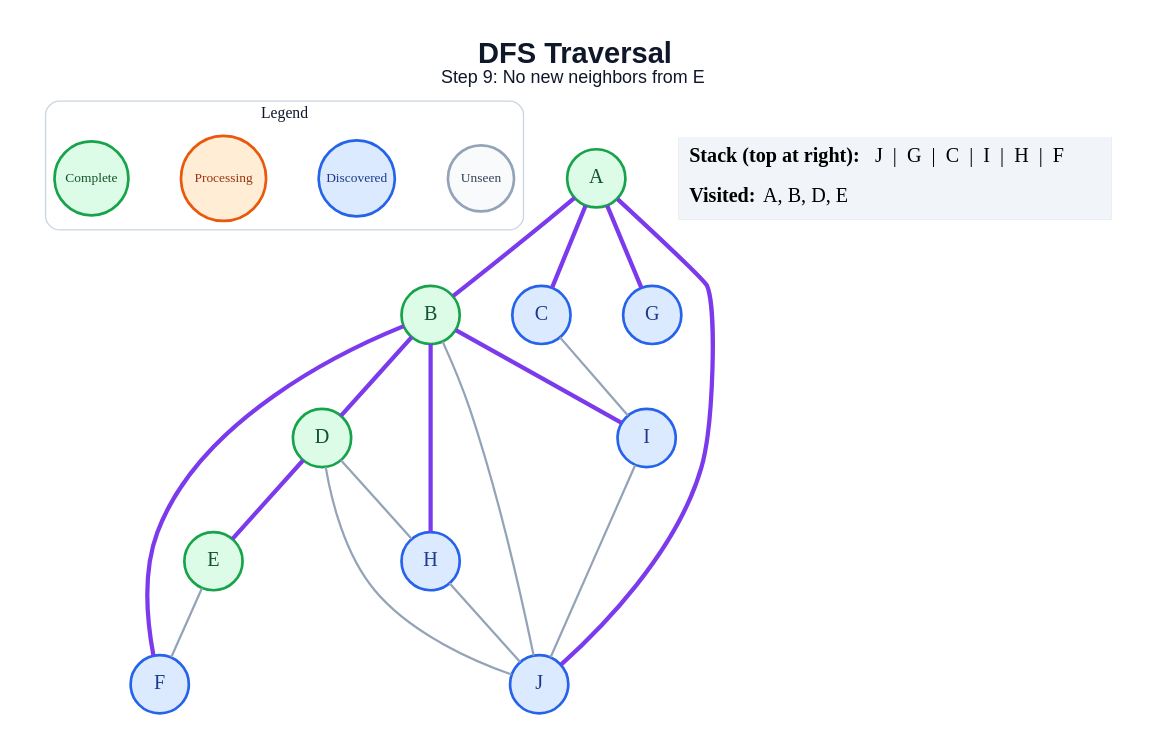
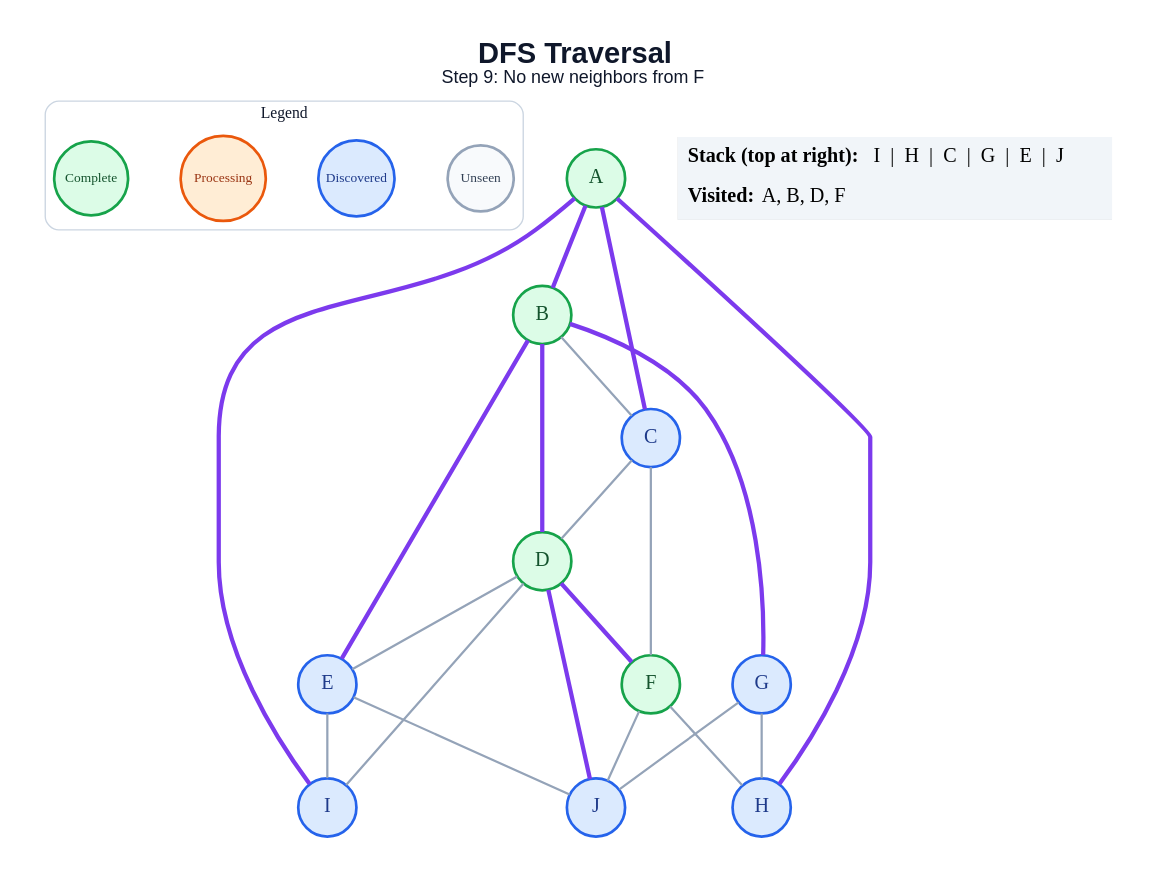
Before and after one commit to anon7238593-create/ai-slop: the diagram in generated/dfs/step_09.dot, drawn with Graphviz. The commit also changed 171 other files, not shown here.

```diff
--- a/generated/dfs/step_09.dot
+++ b/generated/dfs/step_09.dot
@@ -1,45 +1,49 @@
 graph traversal {
   graph [layout=dot, rankdir=TB, bgcolor="#FFFFFF", pad="0.35", nodesep="0.65", ranksep="0.8", fontname="Arial"];
   node [shape=circle, style="filled", fontname="Arial Bold", fontsize=18, width=0.72, fixedsize=true, penwidth=2.4];
   edge [color="#94A3B8", penwidth=2.0];
-  label=<<B>DFS Traversal</B><BR/><FONT POINT-SIZE="16">Step 9: No new neighbors from E</FONT>>; labelloc="t"; fontsize=26; fontname="Arial"; fontcolor="#0F172A";
+  label=<<B>DFS Traversal</B><BR/><FONT POINT-SIZE="16">Step 9: No new neighbors from F</FONT>>; labelloc="t"; fontsize=26; fontname="Arial"; fontcolor="#0F172A";
   subgraph cluster_legend { label="Legend"; color="#CBD5E1"; penwidth=1.2; style="rounded"; fontsize=14; fontname="Arial Bold";
     key_unseen [label="Unseen", fillcolor="#F8FAFC", color="#94A3B8", fontcolor="#334155", fontsize=12, width=0.82];
     key_frontier [label="Discovered", fillcolor="#DBEAFE", color="#2563EB", fontcolor="#1E3A8A", fontsize=12, width=0.95];
     key_current [label="Processing", fillcolor="#FFEDD5", color="#EA580C", fontcolor="#9A3412", fontsize=12, width=1.05];
     key_done [label="Complete", fillcolor="#DCFCE7", color="#16A34A", fontcolor="#14532D", fontsize=12, width=0.92];
     { rank=same; key_unseen; key_frontier; key_current; key_done; }
   }
   A [fillcolor="#DCFCE7", color="#16A34A", fontcolor="#14532D"];
   B [fillcolor="#DCFCE7", color="#16A34A", fontcolor="#14532D"];
   C [fillcolor="#DBEAFE", color="#2563EB", fontcolor="#1E3A8A"];
   D [fillcolor="#DCFCE7", color="#16A34A", fontcolor="#14532D"];
-  E [fillcolor="#DCFCE7", color="#16A34A", fontcolor="#14532D"];
-  F [fillcolor="#DBEAFE", color="#2563EB", fontcolor="#1E3A8A"];
+  E [fillcolor="#DBEAFE", color="#2563EB", fontcolor="#1E3A8A"];
+  F [fillcolor="#DCFCE7", color="#16A34A", fontcolor="#14532D"];
   G [fillcolor="#DBEAFE", color="#2563EB", fontcolor="#1E3A8A"];
   H [fillcolor="#DBEAFE", color="#2563EB", fontcolor="#1E3A8A"];
   I [fillcolor="#DBEAFE", color="#2563EB", fontcolor="#1E3A8A"];
   J [fillcolor="#DBEAFE", color="#2563EB", fontcolor="#1E3A8A"];
   A -- B [color="#7C3AED", penwidth=3.8];
   A -- C [color="#7C3AED", penwidth=3.8];
-  A -- G [color="#7C3AED", penwidth=3.8];
-  A -- J [color="#7C3AED", penwidth=3.8];
+  A -- H [color="#7C3AED", penwidth=3.8];
+  A -- I [color="#7C3AED", penwidth=3.8];
+  B -- C;
   B -- D [color="#7C3AED", penwidth=3.8];
-  B -- F [color="#7C3AED", penwidth=3.8];
-  B -- H [color="#7C3AED", penwidth=3.8];
-  B -- I [color="#7C3AED", penwidth=3.8];
-  B -- J;
-  C -- I;
-  D -- E [color="#7C3AED", penwidth=3.8];
-  D -- H;
-  D -- J;
-  E -- F;
-  H -- J;
-  I -- J;
+  B -- E [color="#7C3AED", penwidth=3.8];
+  B -- G [color="#7C3AED", penwidth=3.8];
+  C -- D;
+  C -- F;
+  D -- E;
+  D -- F [color="#7C3AED", penwidth=3.8];
+  D -- I;
+  D -- J [color="#7C3AED", penwidth=3.8];
+  E -- I;
+  E -- J;
+  F -- H;
+  F -- J;
+  G -- H;
+  G -- J;
   status [shape=plain, fixedsize=false, width=0, height=0, margin=0, label=<
     <TABLE BORDER="0" CELLBORDER="0" CELLPADDING="7" BGCOLOR="#F1F5F9">
-      <TR><TD ALIGN="LEFT"><B>Stack (top at right):</B> J  |  G  |  C  |  I  |  H  |  F</TD></TR>
-      <TR><TD ALIGN="LEFT"><B>Visited:</B> A, B, D, E</TD></TR>
+      <TR><TD ALIGN="LEFT"><B>Stack (top at right):</B> I  |  H  |  C  |  G  |  E  |  J</TD></TR>
+      <TR><TD ALIGN="LEFT"><B>Visited:</B> A, B, D, F</TD></TR>
     </TABLE>
   >];
 }
```
